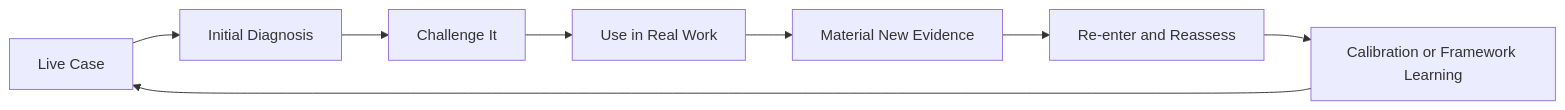
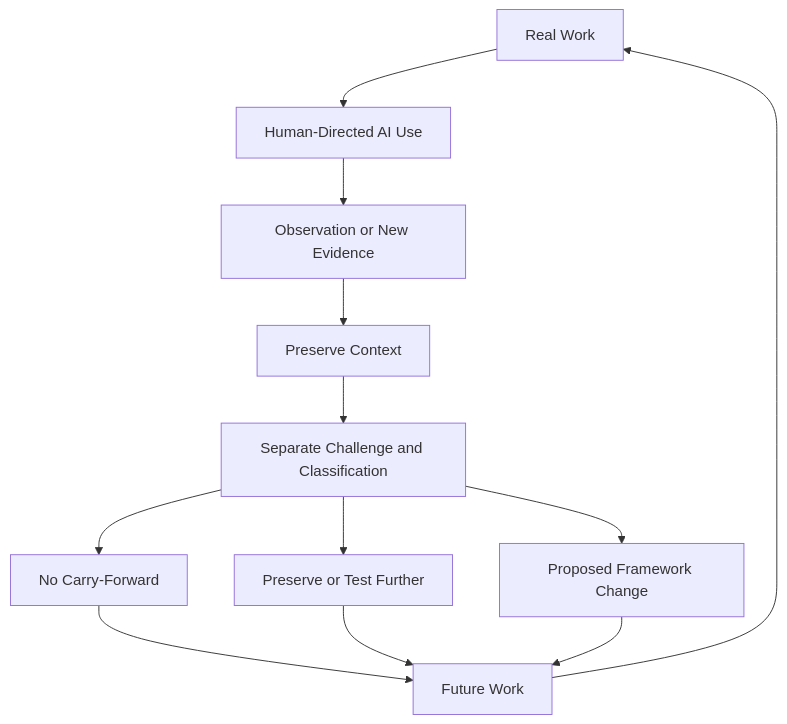
Before and after one commit to sschoenfeld-scotty/gtm-ai-reasoning-systems: the second of 2 diagrams in README.md, drawn with Mermaid. The commit also changed other lines of this file, not shown here.

Commit message:
Clarify the human-directed reasoning development loop

````diff
--- a/README.md
+++ b/README.md
@@ -216,10 +224,14 @@
 ```mermaid
-flowchart LR
-    A[Live Case] --> B[Initial Diagnosis]
-    B --> C[Challenge It]
-    C --> D[Use in Real Work]
-    D --> E[Material New Evidence]
-    E --> F[Re-enter and Reassess]
-    F --> G[Calibration or Framework Learning]
-    G --> A
+flowchart TD
+    A[Real Work] --> B[Human-Directed AI Use]
+    B --> C[Observation or New Evidence]
+    C --> D[Preserve Context]
+    D --> E[Separate Challenge and Classification]
+    E --> F[No Carry-Forward]
+    E --> G[Preserve or Test Further]
+    E --> H[Proposed Framework Change]
+    F --> I[Future Work]
+    G --> I
+    H --> I
+    I --> A
 ```
````
